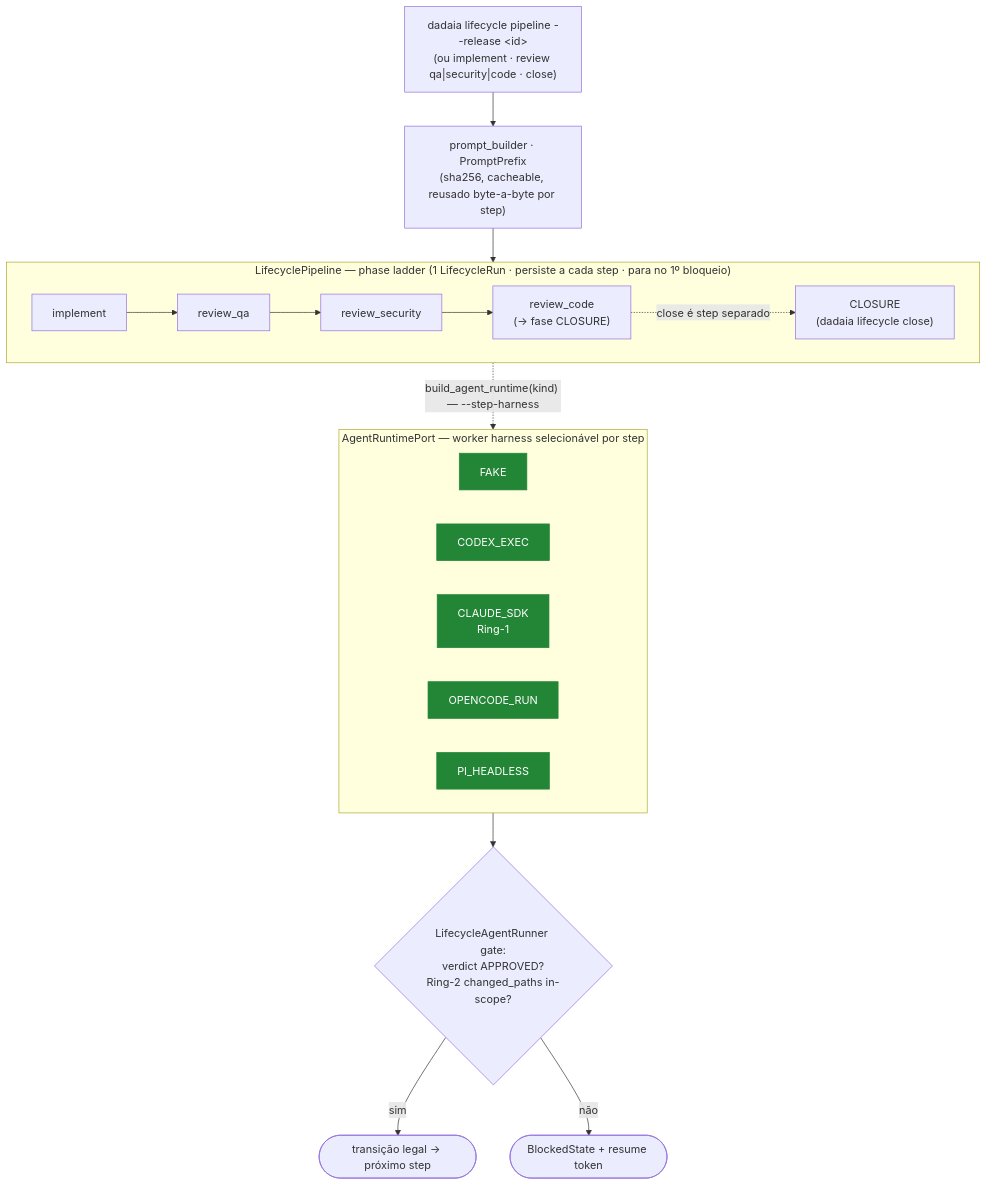
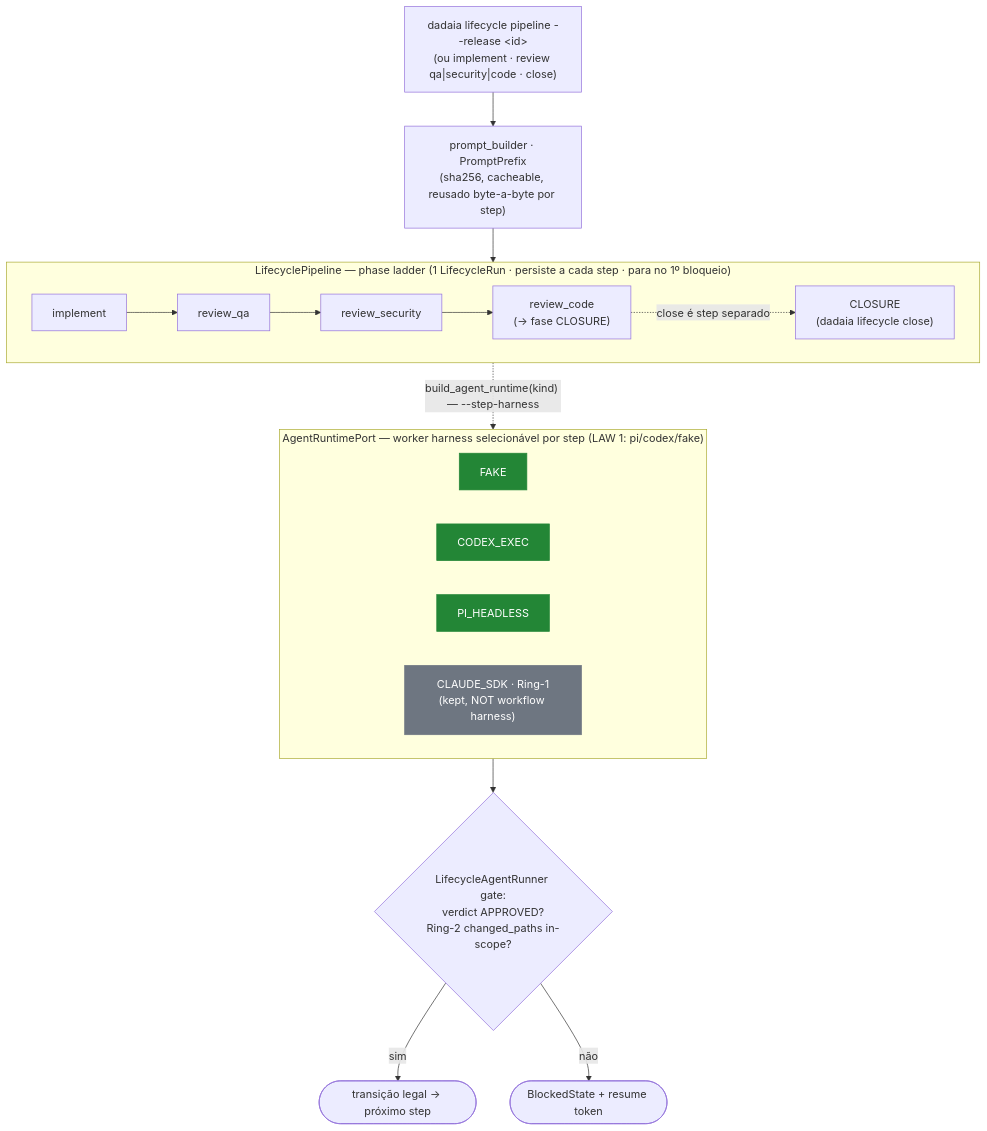
One commit to marcoaureliomenezes/dadaia-workspace changed the diagram in specs/memory/product/sdd/lifecycle-foundation.md. Above: the diagram before and after it, drawn with Mermaid. The commit also changed other lines of this file and 8 other files, not shown here.

````diff
--- a/specs/memory/product/sdd/lifecycle-foundation.md
+++ b/specs/memory/product/sdd/lifecycle-foundation.md
@@ -39,24 +45,24 @@
 ```mermaid
 flowchart TB
     OP["dadaia lifecycle pipeline --release &lt;id&gt;<br/>(ou implement · review qa|security|code · close)"]
     OP --> PB["prompt_builder · PromptPrefix<br/>(sha256, cacheable, reusado byte-a-byte por step)"]
     PB --> LAD
     subgraph LAD["LifecyclePipeline — phase ladder (1 LifecycleRun · persiste a cada step · para no 1º bloqueio)"]
         direction LR
         I["implement"] --> Q["review_qa"] --> S["review_security"] --> C["review_code<br/>(→ fase CLOSURE)"]
         C -.->|"close é step separado"| CLp["CLOSURE<br/>(dadaia lifecycle close)"]
     end
     LAD -.->|"build_agent_runtime(kind) — --step-harness"| RT
-    subgraph RT["AgentRuntimePort — worker harness selecionável por step"]
+    subgraph RT["AgentRuntimePort — worker harness selecionável por step (LAW 1: pi/codex/fake)"]
         direction LR
         FK["FAKE"]:::w
         CXk["CODEX_EXEC"]:::w
-        CLk["CLAUDE_SDK<br/>Ring-1"]:::w
-        OCk["OPENCODE_RUN"]:::w
         PIk["PI_HEADLESS"]:::w
+        CLk["CLAUDE_SDK · Ring-1<br/>(kept, NOT workflow harness)"]:::x
     end
     RT --> GATE{"LifecycleAgentRunner gate:<br/>verdict APPROVED?<br/>Ring-2 changed_paths in-scope?"}
     GATE -->|sim| NEXT(["transição legal → próximo step"])
     GATE -->|não| BLK(["BlockedState + resume token"])
     classDef w fill:#238636,color:#fff,stroke:#238636;
+    classDef x fill:#6e7681,color:#fff,stroke:#6e7681;
 ```
````
